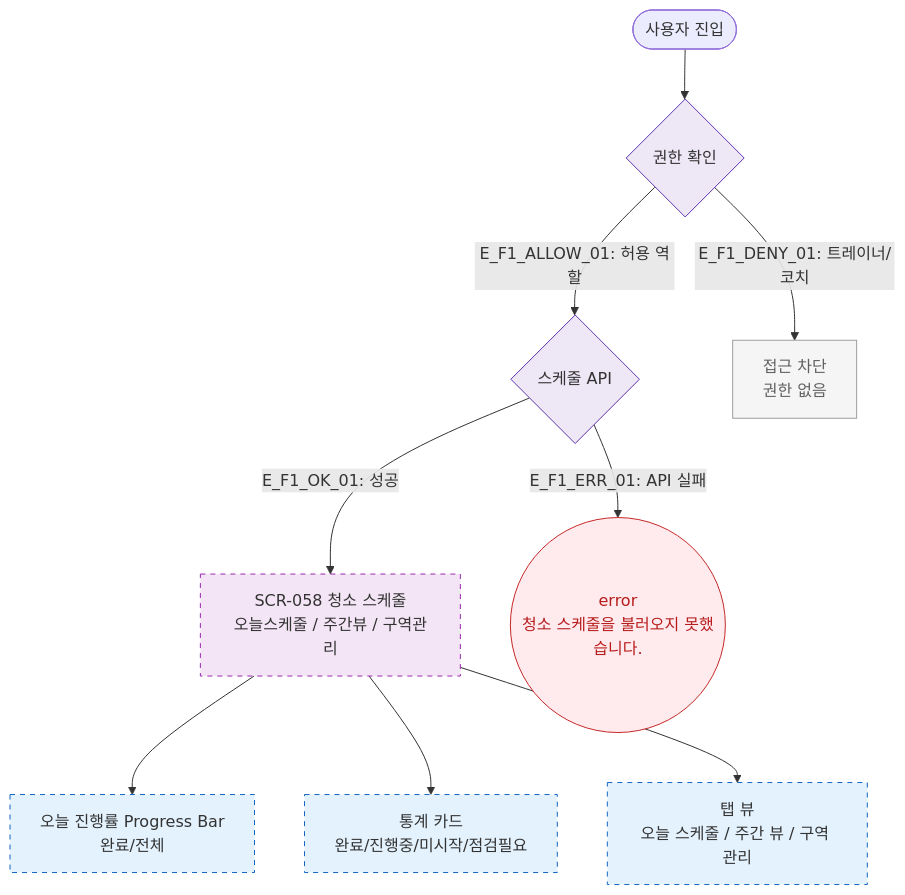
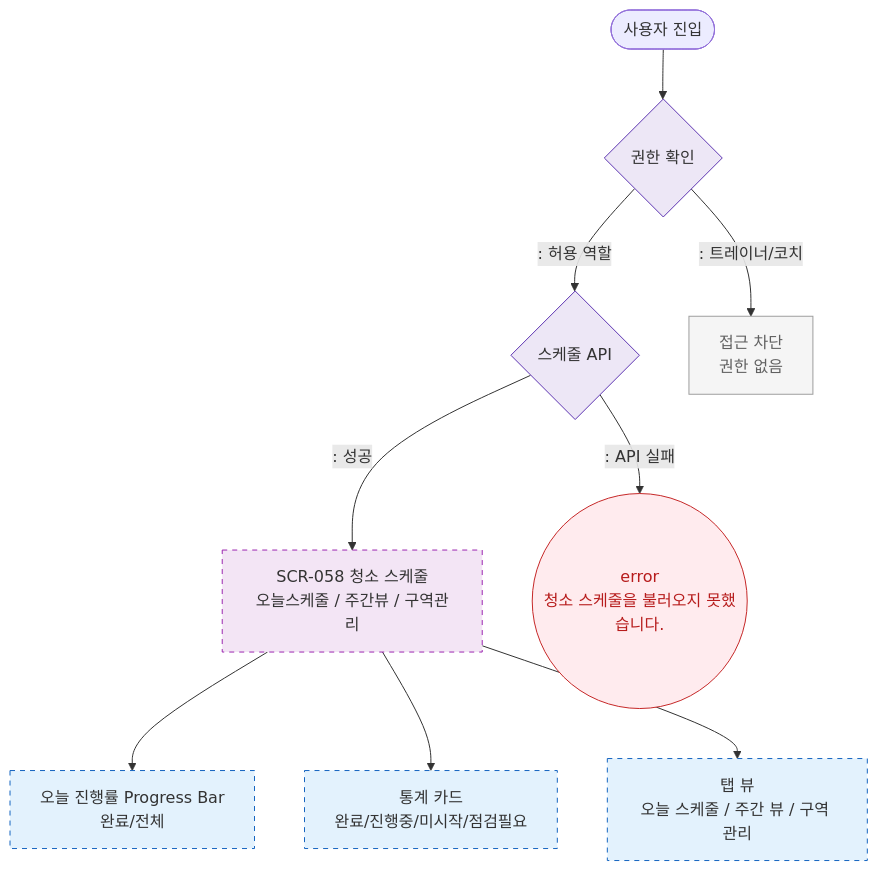
Before and after one commit to dev-spogym/admin-pando: the diagram in docs/다이어그램/D06_시설관리/SCR-058_청소스케줄/F1_진입.md, drawn with Mermaid. The commit also changed other lines of this file and 1660 other files, not shown here.

First line of the commit message:
다이어그램: 기획자/클라이언트 납품본으로 정리

````diff
--- a/docs/다이어그램/D06_시설관리/SCR-058_청소스케줄/F1_진입.md
+++ b/docs/다이어그램/D06_시설관리/SCR-058_청소스케줄/F1_진입.md
@@ -16,25 +14,25 @@
 ```mermaid
 flowchart TD
     START([사용자 진입]) --> AuthCheck{권한 확인}
 
-    AuthCheck -->|"E_F1_ALLOW_01: 허용 역할"| LoadAPI{스케줄 API}
-    AuthCheck -->|"E_F1_DENY_01: 트레이너/코치"| Blocked[접근 차단\n권한 없음]
+    AuthCheck -->|": 허용 역할"|LoadAPI{스케줄 API}
+    AuthCheck -->|": 트레이너/코치"|Blocked[접근 차단\n권한 없음]
 
-    LoadAPI -->|"E_F1_OK_01: 성공"| SCR_058[SCR-058 청소 스케줄\n오늘스케줄 / 주간뷰 / 구역관리]
-    LoadAPI -->|"E_F1_ERR_01: API 실패"| ErrToast((error\n청소 스케줄을 불러오지 못했습니다.))
+    LoadAPI -->|": 성공"|SCR_058[SCR-058 청소 스케줄\n오늘스케줄 / 주간뷰 / 구역관리]
+    LoadAPI -->|": API 실패"|ErrToast((error\n청소 스케줄을 불러오지 못했습니다.))
 
     SCR_058 --> ProgressBar[오늘 진행률 Progress Bar\n완료/전체]
     SCR_058 --> StatCards[통계 카드\n완료/진행중/미시작/점검필요]
     SCR_058 --> TabView[탭 뷰\n오늘 스케줄 / 주간 뷰 / 구역 관리]
 
     classDef newFeature fill:#F3E5F5,stroke:#9C27B0,stroke-dasharray:5 5
     classDef screen fill:#E3F2FD,stroke:#1565C0,stroke-dasharray:5 5
     classDef error fill:#FFEBEE,stroke:#C62828,color:#B71C1C
     classDef rbacBlocked fill:#F5F5F5,stroke:#9E9E9E,color:#616161
     classDef system fill:#EDE7F6,stroke:#5E35B2
     class SCR_058 newFeature
     class ProgressBar,StatCards,TabView screen
     class ErrToast error
     class Blocked rbacBlocked
     class AuthCheck,LoadAPI system
 ```
````
